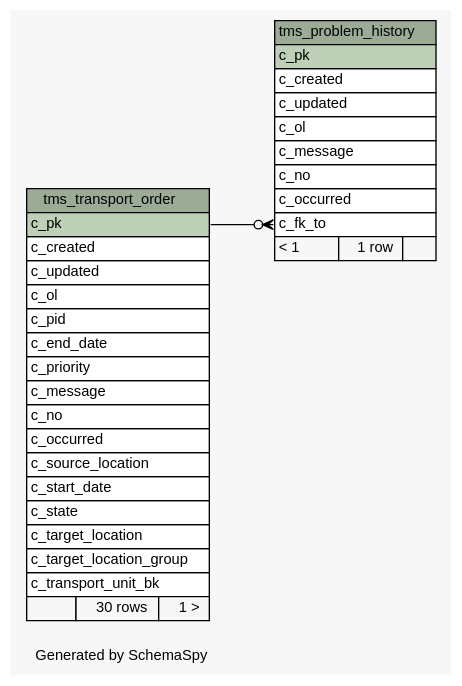
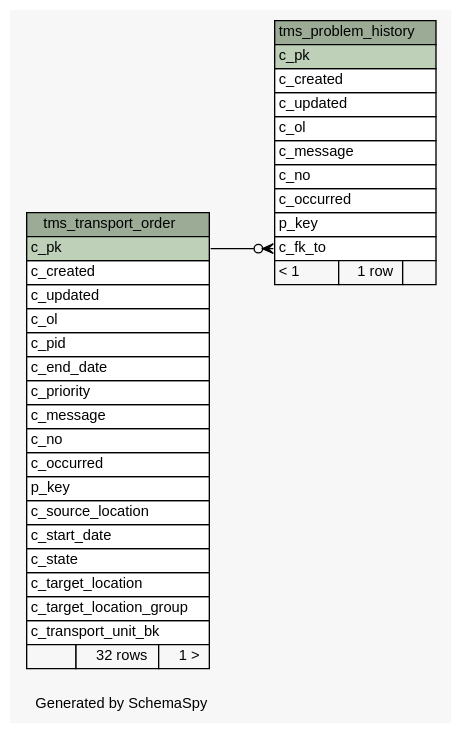
Before and after one commit to openwms/org.openwms.tms.transportation: the diagram in schemaspy/diagrams/summary/relationships.real.large.dot, drawn with Graphviz. The commit also changed 341 other files, not shown here.

```diff
--- a/schemaspy/diagrams/summary/relationships.real.large.dot
+++ b/schemaspy/diagrams/summary/relationships.real.large.dot
@@ -1,65 +1,67 @@
 // dot 2.36.0 on Linux 4.4.0-101-generic
 // SchemaSpy rev Unknown
 digraph "largeRelationshipsDiagram" {
   graph [
     rankdir="RL"
     bgcolor="#f7f7f7"
     label="\nGenerated by SchemaSpy"
     labeljust="l"
     nodesep="0.18"
     ranksep="0.46"
     fontname="Helvetica"
     fontsize="11"
   ];
   node [
     fontname="Helvetica"
     fontsize="11"
     shape="plaintext"
   ];
   edge [
     arrowsize="0.8"
   ];
   "tms_problem_history" [
     label=<
     <TABLE BORDER="0" CELLBORDER="1" CELLSPACING="0" BGCOLOR="#ffffff">
       <TR><TD COLSPAN="3" BGCOLOR="#9bab96" ALIGN="CENTER">tms_problem_history</TD></TR>
       <TR><TD PORT="c_pk" COLSPAN="3" BGCOLOR="#bed1b8" ALIGN="LEFT">c_pk</TD></TR>
       <TR><TD PORT="c_created" COLSPAN="3" ALIGN="LEFT">c_created</TD></TR>
       <TR><TD PORT="c_updated" COLSPAN="3" ALIGN="LEFT">c_updated</TD></TR>
       <TR><TD PORT="c_ol" COLSPAN="3" ALIGN="LEFT">c_ol</TD></TR>
       <TR><TD PORT="c_message" COLSPAN="3" ALIGN="LEFT">c_message</TD></TR>
       <TR><TD PORT="c_no" COLSPAN="3" ALIGN="LEFT">c_no</TD></TR>
       <TR><TD PORT="c_occurred" COLSPAN="3" ALIGN="LEFT">c_occurred</TD></TR>
+      <TR><TD PORT="p_key" COLSPAN="3" ALIGN="LEFT">p_key</TD></TR>
       <TR><TD PORT="c_fk_to" COLSPAN="3" ALIGN="LEFT">c_fk_to</TD></TR>
       <TR><TD ALIGN="LEFT" BGCOLOR="#f7f7f7">&lt; 1</TD><TD ALIGN="RIGHT" BGCOLOR="#f7f7f7">1 row</TD><TD ALIGN="RIGHT" BGCOLOR="#f7f7f7">  </TD></TR>
     </TABLE>>
     URL="tables/tms_problem_history.html"
     tooltip="tms_problem_history"
   ];
   "tms_transport_order" [
     label=<
     <TABLE BORDER="0" CELLBORDER="1" CELLSPACING="0" BGCOLOR="#ffffff">
       <TR><TD COLSPAN="3" BGCOLOR="#9bab96" ALIGN="CENTER">tms_transport_order</TD></TR>
       <TR><TD PORT="c_pk" COLSPAN="3" BGCOLOR="#bed1b8" ALIGN="LEFT">c_pk</TD></TR>
       <TR><TD PORT="c_created" COLSPAN="3" ALIGN="LEFT">c_created</TD></TR>
       <TR><TD PORT="c_updated" COLSPAN="3" ALIGN="LEFT">c_updated</TD></TR>
       <TR><TD PORT="c_ol" COLSPAN="3" ALIGN="LEFT">c_ol</TD></TR>
       <TR><TD PORT="c_pid" COLSPAN="3" ALIGN="LEFT">c_pid</TD></TR>
       <TR><TD PORT="c_end_date" COLSPAN="3" ALIGN="LEFT">c_end_date</TD></TR>
       <TR><TD PORT="c_priority" COLSPAN="3" ALIGN="LEFT">c_priority</TD></TR>
       <TR><TD PORT="c_message" COLSPAN="3" ALIGN="LEFT">c_message</TD></TR>
       <TR><TD PORT="c_no" COLSPAN="3" ALIGN="LEFT">c_no</TD></TR>
       <TR><TD PORT="c_occurred" COLSPAN="3" ALIGN="LEFT">c_occurred</TD></TR>
+      <TR><TD PORT="p_key" COLSPAN="3" ALIGN="LEFT">p_key</TD></TR>
       <TR><TD PORT="c_source_location" COLSPAN="3" ALIGN="LEFT">c_source_location</TD></TR>
       <TR><TD PORT="c_start_date" COLSPAN="3" ALIGN="LEFT">c_start_date</TD></TR>
       <TR><TD PORT="c_state" COLSPAN="3" ALIGN="LEFT">c_state</TD></TR>
       <TR><TD PORT="c_target_location" COLSPAN="3" ALIGN="LEFT">c_target_location</TD></TR>
       <TR><TD PORT="c_target_location_group" COLSPAN="3" ALIGN="LEFT">c_target_location_group</TD></TR>
       <TR><TD PORT="c_transport_unit_bk" COLSPAN="3" ALIGN="LEFT">c_transport_unit_bk</TD></TR>
-      <TR><TD ALIGN="LEFT" BGCOLOR="#f7f7f7">  </TD><TD ALIGN="RIGHT" BGCOLOR="#f7f7f7">30 rows</TD><TD ALIGN="RIGHT" BGCOLOR="#f7f7f7">1 &gt;</TD></TR>
+      <TR><TD ALIGN="LEFT" BGCOLOR="#f7f7f7">  </TD><TD ALIGN="RIGHT" BGCOLOR="#f7f7f7">32 rows</TD><TD ALIGN="RIGHT" BGCOLOR="#f7f7f7">1 &gt;</TD></TR>
     </TABLE>>
     URL="tables/tms_transport_order.html"
     tooltip="tms_transport_order"
   ];
   "tms_problem_history":"c_fk_to":w -> "tms_transport_order":"c_pk":e [arrowhead=none dir=back arrowtail=crowodot];
 }
```
